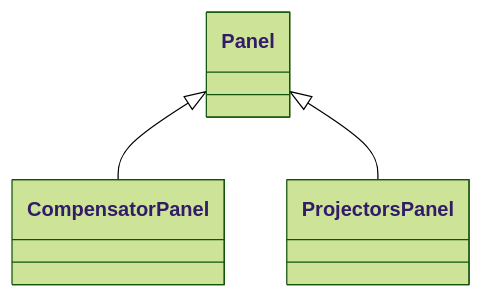
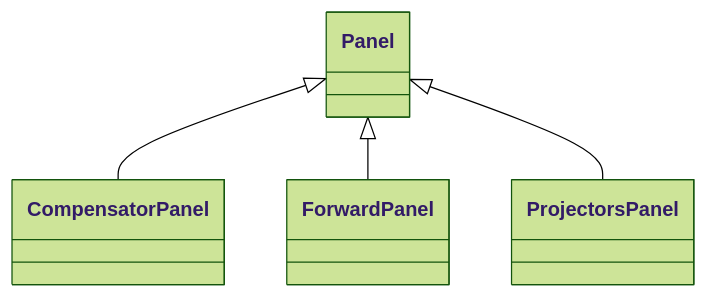
One commit to mne-tools/mne-cpp changed the diagram in doc/website/docs/api/viz/panel.mdx. Above: the diagram before and after it, drawn with Mermaid (forest theme). The commit also changed other lines of this file and 30 other files, not shown here.

````diff
--- a/doc/website/docs/api/viz/panel.mdx
+++ b/doc/website/docs/api/viz/panel.mdx
@@ -39,7 +39,9 @@
 ```mermaid
 classDiagram
     Panel <|-- CompensatorPanel
     click CompensatorPanel href "../../viz/compensator-panel/"
+    Panel <|-- ForwardPanel
+    click ForwardPanel href "../../viz/forward-panel/"
     Panel <|-- ProjectorsPanel
     click ProjectorsPanel href "../../viz/projectors-panel/"
 ```
````
